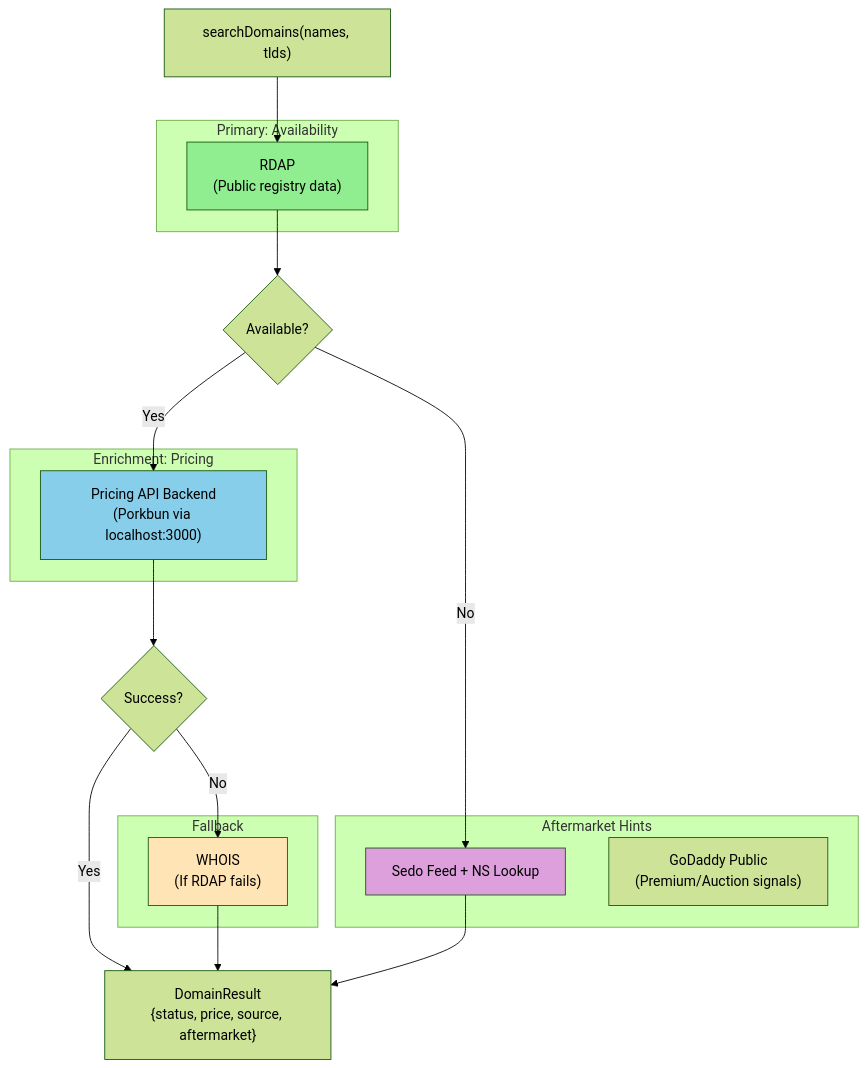
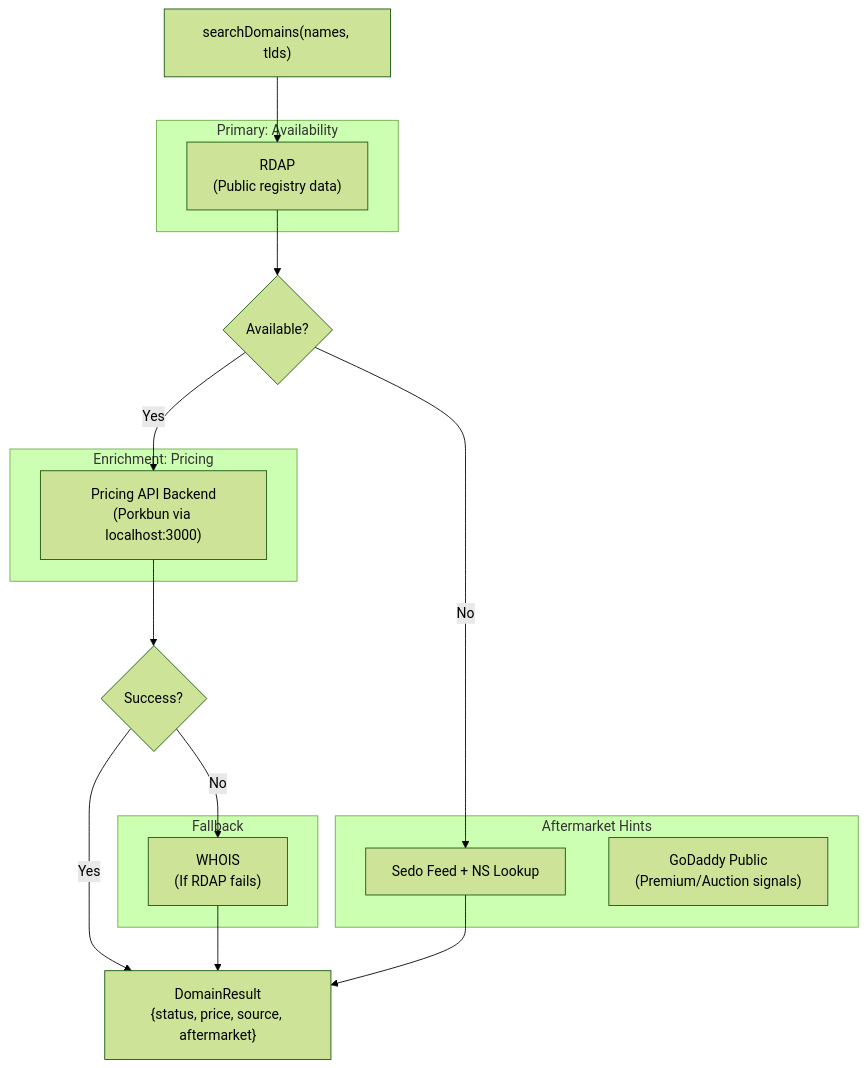
Before and after one commit to dorukardahan/domain-search-mcp: the fifth of 8 diagrams in docs/ARCHITECTURE.md, drawn with Mermaid (forest theme). The commit also changed other lines of this file, not shown here.

Commit message:
fix: remove fill colors from Mermaid diagrams for better readability

````diff
--- a/docs/ARCHITECTURE.md
+++ b/docs/ARCHITECTURE.md
@@ -178,40 +178,35 @@
 ```mermaid
 flowchart TD
     START["searchDomains(names, tlds)"] --> RDAP
 
     subgraph PRIMARY["Primary: Availability"]
         RDAP["RDAP<br/>(Public registry data)"]
     end
 
     RDAP --> AVAIL{Available?}
 
     AVAIL -->|Yes| PRICING
     AVAIL -->|No| AFTERMARKET
 
     subgraph ENRICHMENT["Enrichment: Pricing"]
         PRICING["Pricing API Backend<br/>(Porkbun via localhost:3000)"]
     end
 
     PRICING --> PRICEFAIL{Success?}
     PRICEFAIL -->|Yes| RESULT
     PRICEFAIL -->|No| FALLBACK
 
     subgraph FALLBACK_SOURCES["Fallback"]
         FALLBACK["WHOIS<br/>(If RDAP fails)"]
     end
 
     subgraph AFTERMARKET_SOURCES["Aftermarket Hints"]
         AFTERMARKET["Sedo Feed + NS Lookup"]
         GODADDY["GoDaddy Public<br/>(Premium/Auction signals)"]
     end
 
     AFTERMARKET --> RESULT
     FALLBACK --> RESULT
 
     RESULT["DomainResult<br/>{status, price, source, aftermarket}"]
-
-    style RDAP fill:#90EE90
-    style PRICING fill:#87CEEB
-    style FALLBACK fill:#FFE4B5
-    style AFTERMARKET fill:#DDA0DD
 ```
````
